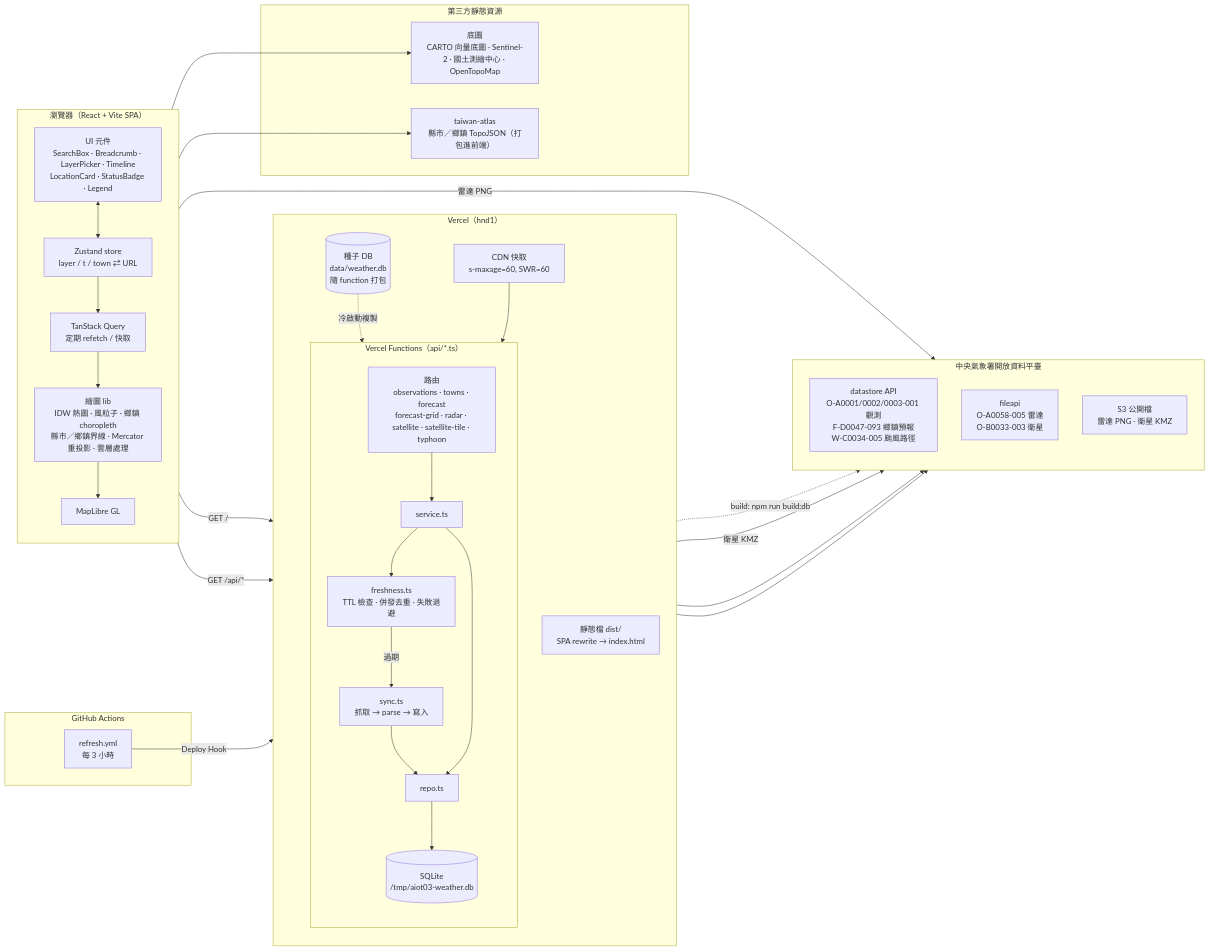
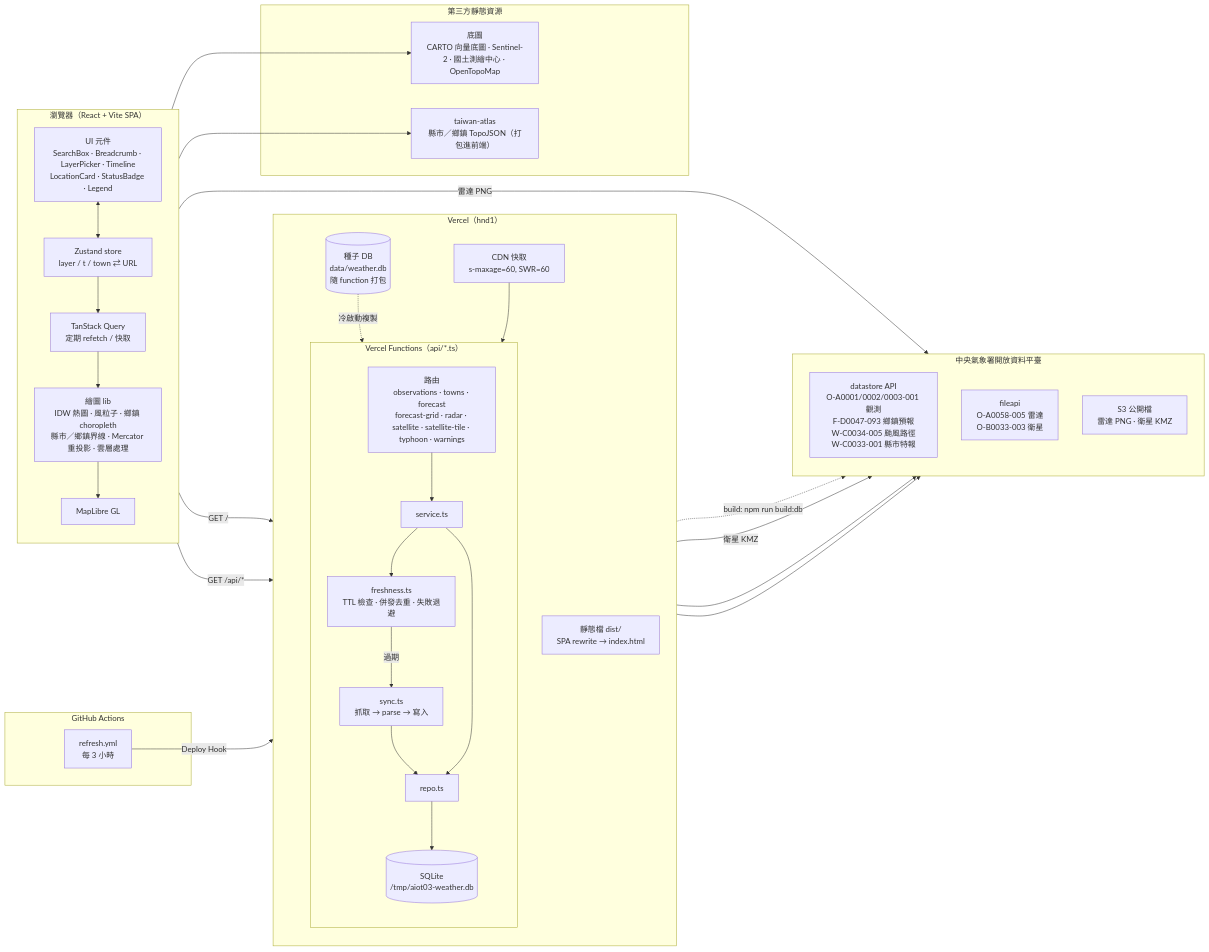
One commit to anjyuelee/aiot03 changed the first of 3 diagrams in README.md. Above: the diagram before and after it, drawn with Mermaid. The commit also changed other lines of this file, not shown here.

````diff
--- a/README.md
+++ b/README.md
@@ -48,62 +49,62 @@
 ```mermaid
 flowchart LR
   subgraph Browser["瀏覽器（React + Vite SPA）"]
     direction TB
     UI["UI 元件<br/>SearchBox · Breadcrumb · LayerPicker · Timeline<br/>LocationCard · StatusBadge · Legend"]
     Store["Zustand store<br/>layer / t / town ⇄ URL"]
     Query["TanStack Query<br/>定期 refetch / 快取"]
     Render["繪圖 lib<br/>IDW 熱圖 · 風粒子 · 鄉鎮 choropleth<br/>縣市／鄉鎮界線 · Mercator 重投影 · 雲層處理"]
     Map["MapLibre GL"]
     UI <--> Store
     Store --> Query
     Query --> Render --> Map
   end
 
   subgraph Vercel["Vercel（hnd1）"]
     direction TB
     Static["靜態檔 dist/<br/>SPA rewrite → index.html"]
     CDN["CDN 快取<br/>s-maxage=60, SWR=60"]
     subgraph Fn["Vercel Functions（api/*.ts）"]
       direction TB
-      API["路由<br/>observations · towns · forecast<br/>forecast-grid · radar · satellite · satellite-tile · typhoon"]
+      API["路由<br/>observations · towns · forecast<br/>forecast-grid · radar · satellite · satellite-tile · typhoon · warnings"]
       Service["service.ts"]
       Fresh["freshness.ts<br/>TTL 檢查 · 併發去重 · 失敗退避"]
       Sync["sync.ts<br/>抓取 → parse → 寫入"]
       Repo["repo.ts"]
       TmpDB[("SQLite<br/>/tmp/aiot03-weather.db")]
       API --> Service --> Fresh
       Fresh -- 過期 --> Sync --> Repo
       Service --> Repo --> TmpDB
     end
     Seed[("種子 DB<br/>data/weather.db<br/>隨 function 打包")]
     Seed -. 冷啟動複製 .-> TmpDB
     CDN --> API
   end
 
   subgraph CWA["中央氣象署開放資料平臺"]
     direction TB
-    DS["datastore API<br/>O-A0001/0002/0003-001 觀測<br/>F-D0047-093 鄉鎮預報<br/>W-C0034-005 颱風路徑"]
+    DS["datastore API<br/>O-A0001/0002/0003-001 觀測<br/>F-D0047-093 鄉鎮預報<br/>W-C0034-005 颱風路徑<br/>W-C0033-001 縣市特報"]
     FA["fileapi<br/>O-A0058-005 雷達<br/>O-B0033-003 衛星"]
     S3["S3 公開檔<br/>雷達 PNG · 衛星 KMZ"]
   end
 
   subgraph Ext["第三方靜態資源"]
     Carto["底圖<br/>CARTO 向量底圖 · Sentinel-2 · 國土測繪中心 · OpenTopoMap"]
     Atlas["taiwan-atlas<br/>縣市／鄉鎮 TopoJSON（打包進前端）"]
   end
 
   subgraph CI["GitHub Actions"]
     Cron["refresh.yml<br/>每 3 小時"]
   end
 
   Browser -- "GET /" --> Static
   Query -- "GET /api/*" --> CDN
   Map --> Carto
   Render --> Atlas
   Render -- "雷達 PNG" --> S3
   Sync --> DS
   Sync --> FA
   Sync -- "衛星 KMZ" --> S3
   Cron -- "Deploy Hook" --> Vercel
   Vercel -. "build: npm run build:db" .-> CWA
 ```
````
